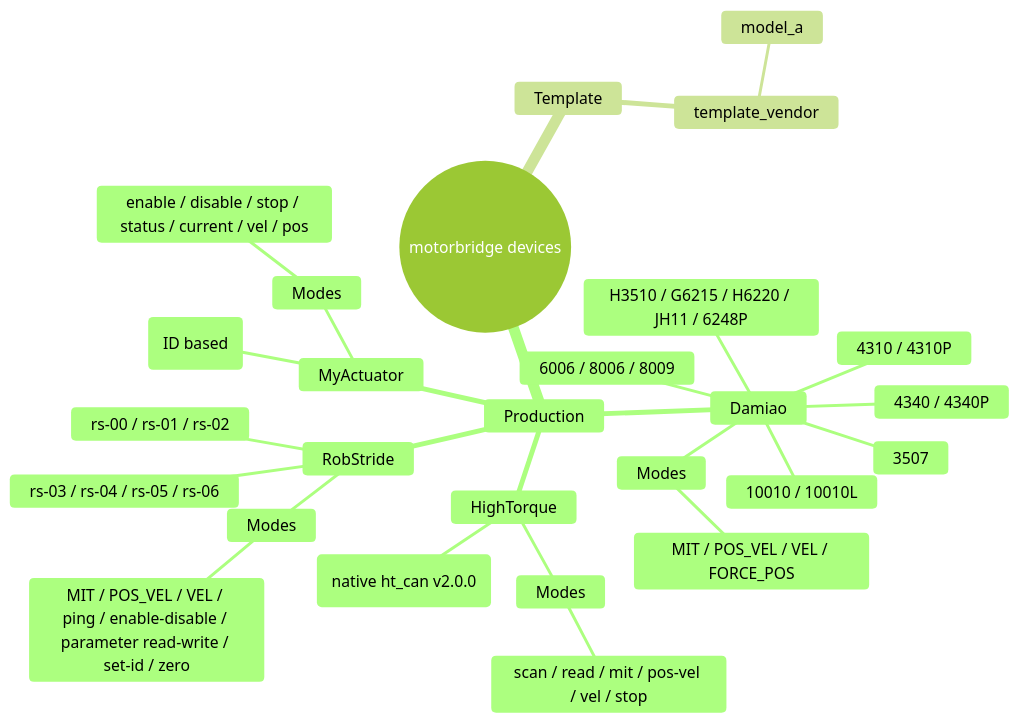
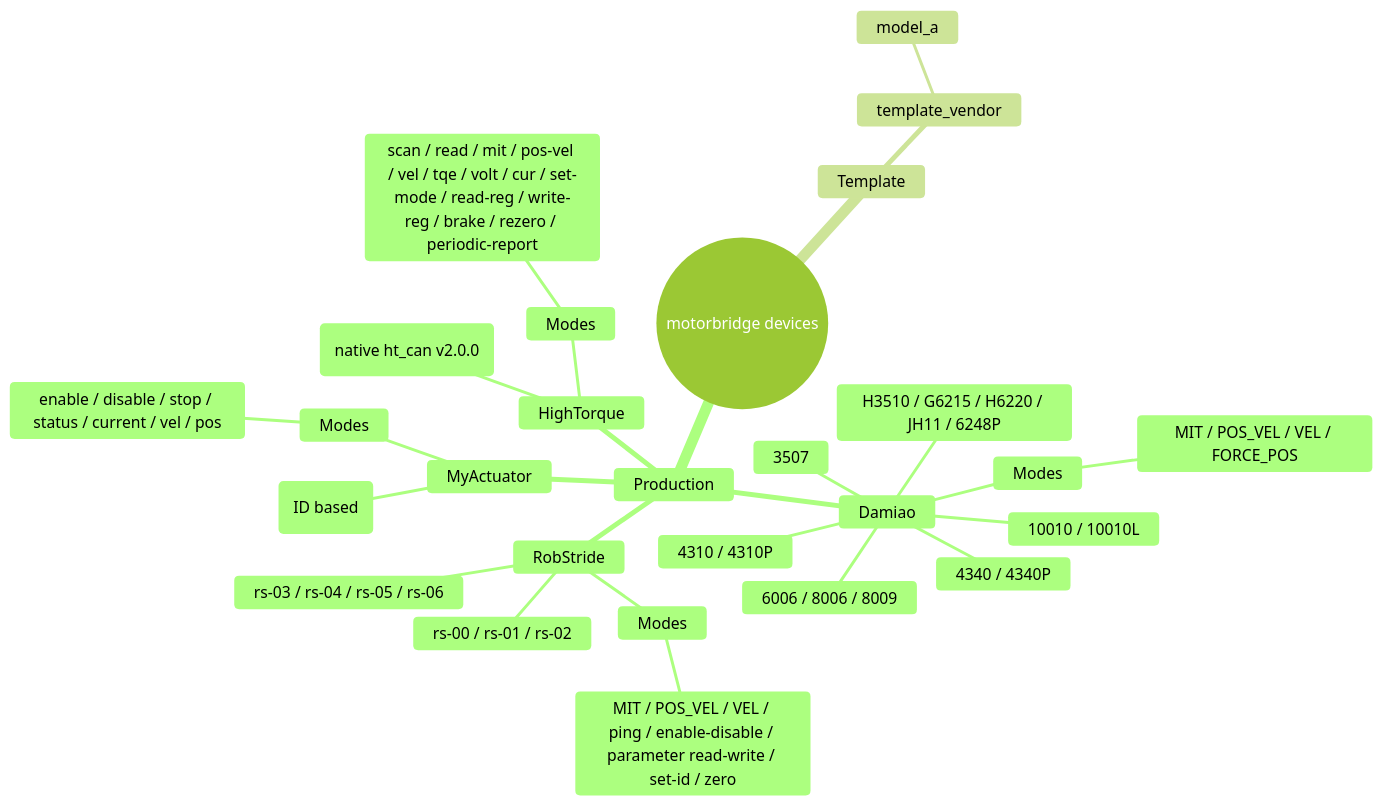
Before and after one commit to motorbridge/motorbridge: the diagram in docs/zh/devices.md, drawn with Mermaid (forest theme). The commit also changed other lines of this file and 61 other files, not shown here.

````diff
--- a/docs/zh/devices.md
+++ b/docs/zh/devices.md
@@ -15,30 +16,30 @@
 ```mermaid
 mindmap
   root((motorbridge devices))
     Production
       Damiao
         3507
         4310 / 4310P
         4340 / 4340P
         6006 / 8006 / 8009
         10010 / 10010L
         H3510 / G6215 / H6220 / JH11 / 6248P
         Modes
           MIT / POS_VEL / VEL / FORCE_POS
       RobStride
         rs-00 / rs-01 / rs-02
         rs-03 / rs-04 / rs-05 / rs-06
         Modes
           MIT / POS_VEL / VEL / ping / enable-disable / parameter read-write / set-id / zero
       MyActuator
         X-series (ID based)
         Modes
           enable / disable / stop / status / current / vel / pos
       HighTorque
         hightorque (native ht_can v2.0.0)
         Modes
-          scan / read / mit / pos-vel / vel / stop
+          scan / read / mit / pos-vel / vel / tqe / volt / cur / set-mode / read-reg / write-reg / brake / rezero / periodic-report
     Template
       template_vendor
         model_a
 ```
````
